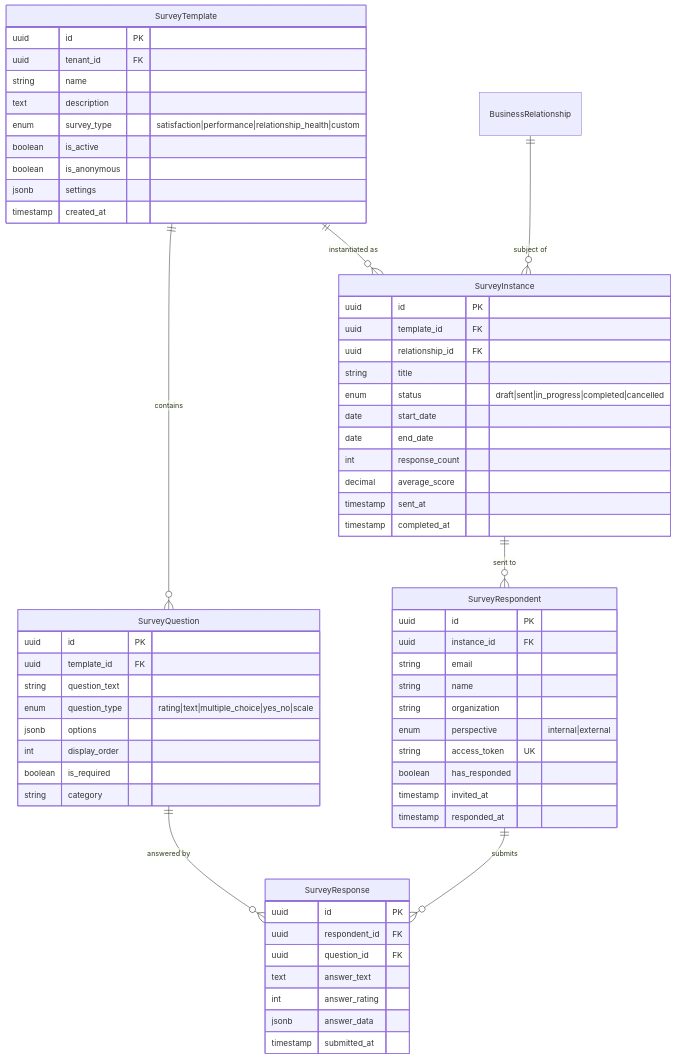
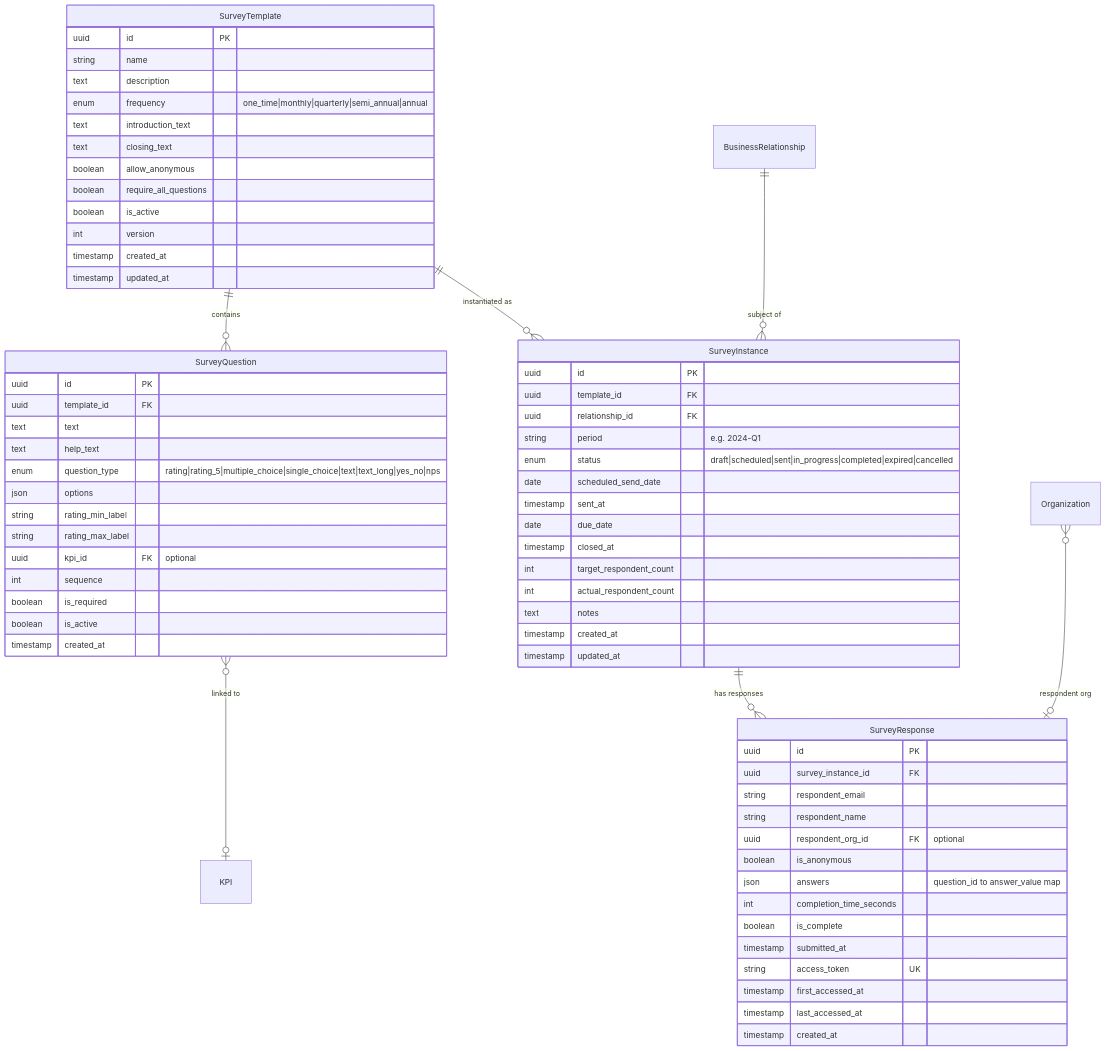
Diagram 32 of 55 in docs/DATA_MODEL.md (jjayarajdev/clm-evaluetor), drawn with Mermaid before and after one commit. The commit also changed other lines of this file and 79 other files, not shown here.

````diff
--- a/docs/DATA_MODEL.md
+++ b/docs/DATA_MODEL.md
@@ -1297,69 +1301,74 @@
 ```mermaid
 erDiagram
     SurveyTemplate ||--o{ SurveyQuestion : "contains"
     SurveyTemplate ||--o{ SurveyInstance : "instantiated as"
-    SurveyInstance ||--o{ SurveyRespondent : "sent to"
-    SurveyRespondent ||--o{ SurveyResponse : "submits"
-    SurveyQuestion ||--o{ SurveyResponse : "answered by"
+    SurveyInstance ||--o{ SurveyResponse : "has responses"
+    SurveyQuestion }o--o| KPI : "linked to"
     BusinessRelationship ||--o{ SurveyInstance : "subject of"
+    Organization }o--o| SurveyResponse : "respondent org"
 
     SurveyTemplate {
         uuid id PK
-        uuid tenant_id FK
         string name
         text description
-        enum survey_type "satisfaction|performance|relationship_health|custom"
+        enum frequency "one_time|monthly|quarterly|semi_annual|annual"
+        text introduction_text
+        text closing_text
+        boolean allow_anonymous
+        boolean require_all_questions
         boolean is_active
-        boolean is_anonymous
-        jsonb settings
+        int version
         timestamp created_at
+        timestamp updated_at
     }
 
     SurveyQuestion {
         uuid id PK
         uuid template_id FK
-        string question_text
-        enum question_type "rating|text|multiple_choice|yes_no|scale"
-        jsonb options
-        int display_order
+        text text
+        text help_text
+        enum question_type "rating|rating_5|multiple_choice|single_choice|text|text_long|yes_no|nps"
+        json options
+        string rating_min_label
+        string rating_max_label
+        uuid kpi_id FK "optional"
+        int sequence
         boolean is_required
-        string category
+        boolean is_active
+        timestamp created_at
     }
 
     SurveyInstance {
         uuid id PK
         uuid template_id FK
         uuid relationship_id FK
-        string title
-        enum status "draft|sent|in_progress|completed|cancelled"
-        date start_date
-        date end_date
-        int response_count
-        decimal average_score
+        string period "e.g. 2024-Q1"
+        enum status "draft|scheduled|sent|in_progress|completed|expired|cancelled"
+        date scheduled_send_date
         timestamp sent_at
-        timestamp completed_at
-    }
-
-    SurveyRespondent {
-        uuid id PK
-        uuid instance_id FK
-        string email
-        string name
-        string organization
-        enum perspective "internal|external"
-        string access_token UK
-        boolean has_responded
-        timestamp invited_at
-        timestamp responded_at
+        date due_date
+        timestamp closed_at
+        int target_respondent_count
+        int actual_respondent_count
+        text notes
+        timestamp created_at
+        timestamp updated_at
     }
 
     SurveyResponse {
         uuid id PK
-        uuid respondent_id FK
-        uuid question_id FK
-        text answer_text
-        int answer_rating
-        jsonb answer_data
+        uuid survey_instance_id FK
+        string respondent_email
+        string respondent_name
+        uuid respondent_org_id FK "optional"
+        boolean is_anonymous
+        json answers "question_id to answer_value map"
+        int completion_time_seconds
+        boolean is_complete
         timestamp submitted_at
+        string access_token UK
+        timestamp first_accessed_at
+        timestamp last_accessed_at
+        timestamp created_at
     }
 ```
````
